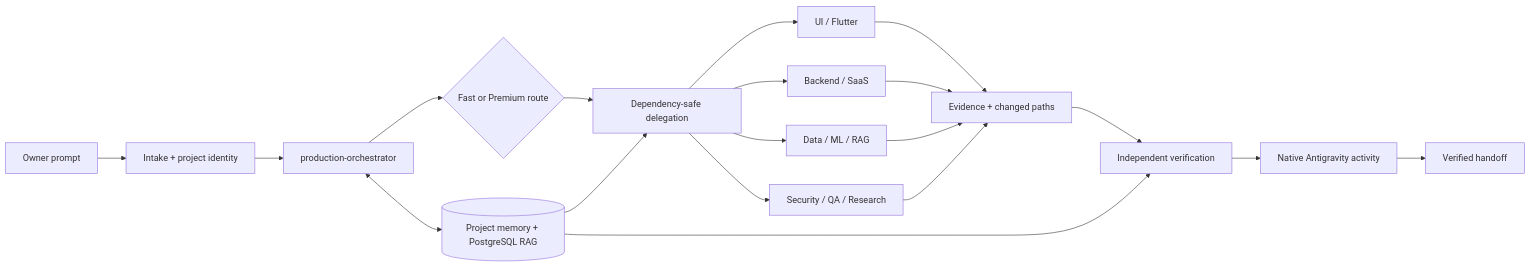
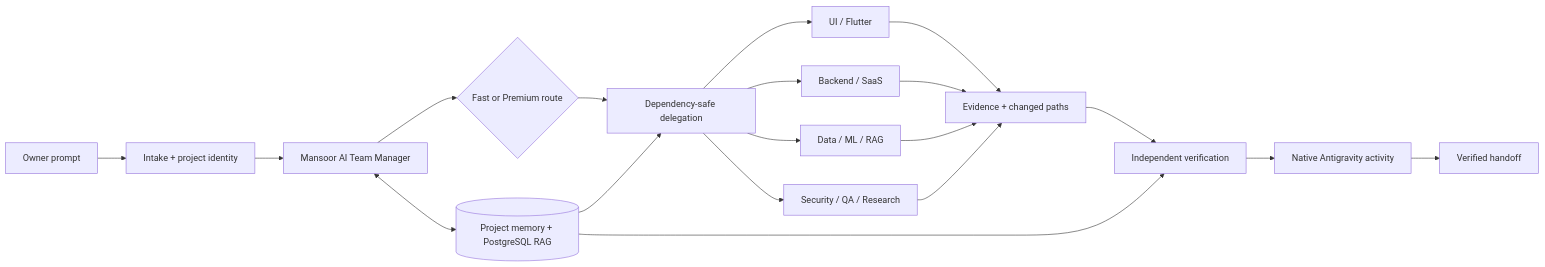
One commit to mansoor-farooq/my_ai_agent changed the first of 2 diagrams in README.md. Above: the diagram before and after it, drawn with Mermaid. The commit also changed other lines of this file and 55 other files, not shown here.

````diff
--- a/README.md
+++ b/README.md
@@ -41,21 +41,21 @@
 ```mermaid
 flowchart LR
     U[Owner prompt] --> I[Intake + project identity]
-    I --> M[production-orchestrator]
+    I --> M[Mansoor AI Team Manager]
     M --> P{Fast or Premium route}
     P --> D[Dependency-safe delegation]
     D --> S1[UI / Flutter]
     D --> S2[Backend / SaaS]
     D --> S3[Data / ML / RAG]
     D --> S4[Security / QA / Research]
     S1 --> E[Evidence + changed paths]
     S2 --> E
     S3 --> E
     S4 --> E
     E --> V[Independent verification]
     V --> A[Native Antigravity activity]
     A --> H[Verified handoff]
     M <--> R[(Project memory + PostgreSQL RAG)]
     R --> D
     R --> V
 ```
````
